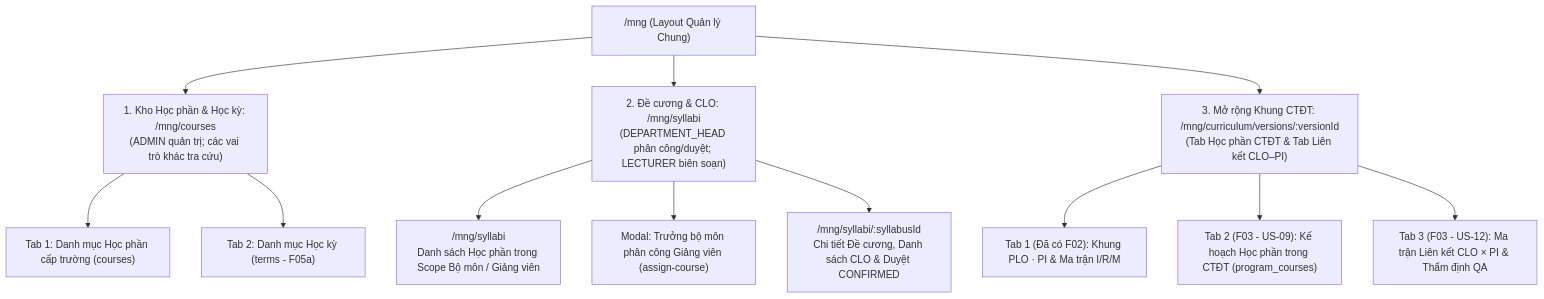
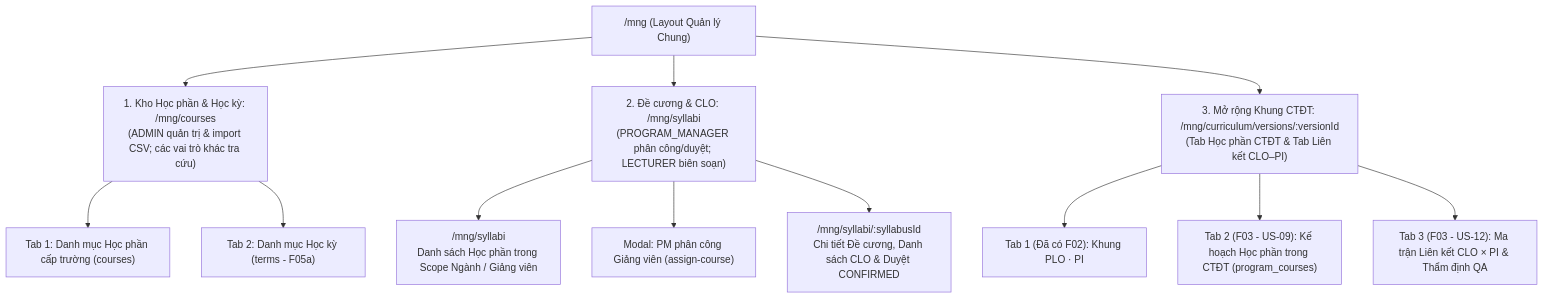
One commit to UTE-LMS/LMS-UI changed the second of 2 diagrams in doc/plan/F03-hoc-phan-clo-ui.md. Above: the diagram before and after it, drawn with Mermaid. The commit also changed other lines of this file and 59 other files, not shown here.

Commit message:
refactor(ui): streamline 4 roles, upgrade F05b template CSV import, and align LOMS layout with UI.pdf

````diff
--- a/doc/plan/F03-hoc-phan-clo-ui.md
+++ b/doc/plan/F03-hoc-phan-clo-ui.md
@@ -85,17 +83,17 @@
 ```mermaid
 flowchart TD
-    MngRoot["/mng (Layout Quản lý Chung)"] --> AdminCourses["1. Kho Học phần & Học kỳ: /mng/courses<br/>(ADMIN quản trị; các vai trò khác tra cứu)"]
-    MngRoot --> SyllabiSpace["2. Đề cương & CLO: /mng/syllabi<br/>(DEPARTMENT_HEAD phân công/duyệt; LECTURER biên soạn)"]
+    MngRoot["/mng (Layout Quản lý Chung)"] --> AdminCourses["1. Kho Học phần & Học kỳ: /mng/courses<br/>(ADMIN quản trị & import CSV; các vai trò khác tra cứu)"]
+    MngRoot --> SyllabiSpace["2. Đề cương & CLO: /mng/syllabi<br/>(PROGRAM_MANAGER phân công/duyệt; LECTURER biên soạn)"]
     MngRoot --> CurriculumSpace["3. Mở rộng Khung CTĐT: /mng/curriculum/versions/:versionId<br/>(Tab Học phần CTĐT & Tab Liên kết CLO–PI)"]
 
     AdminCourses --> CourseTab["Tab 1: Danh mục Học phần cấp trường (courses)"]
     AdminCourses --> TermTab["Tab 2: Danh mục Học kỳ (terms - F05a)"]
 
-    SyllabiSpace --> SyllabiCourseList["/mng/syllabi<br/>Danh sách Học phần trong Scope Bộ môn / Giảng viên"]
-    SyllabiSpace --> AssignModal["Modal: Trưởng bộ môn phân công Giảng viên (assign-course)"]
+    SyllabiSpace --> SyllabiCourseList["/mng/syllabi<br/>Danh sách Học phần trong Scope Ngành / Giảng viên"]
+    SyllabiSpace --> AssignModal["Modal: PM phân công Giảng viên (assign-course)"]
     SyllabiSpace --> SyllabusDetail["/mng/syllabi/:syllabusId<br/>Chi tiết Đề cương, Danh sách CLO & Duyệt CONFIRMED"]
 
-    CurriculumSpace --> TabPloPi["Tab 1 (Đã có F02): Khung PLO · PI & Ma trận I/R/M"]
+    CurriculumSpace --> TabPloPi["Tab 1 (Đã có F02): Khung PLO · PI"]
     CurriculumSpace --> TabProgCourses["Tab 2 (F03 - US-09): Kế hoạch Học phần trong CTĐT (program_courses)"]
     CurriculumSpace --> TabCloPiMatrix["Tab 3 (F03 - US-12): Ma trận Liên kết CLO × PI & Thẩm định QA"]
 ```
````
